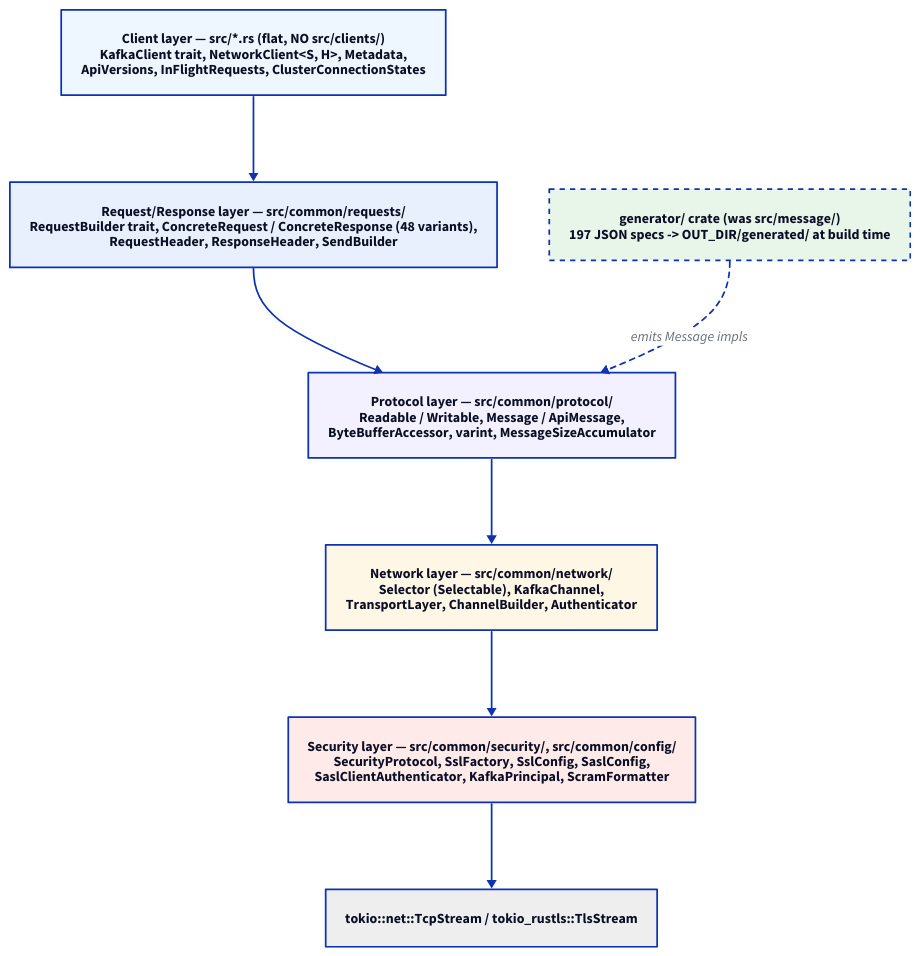
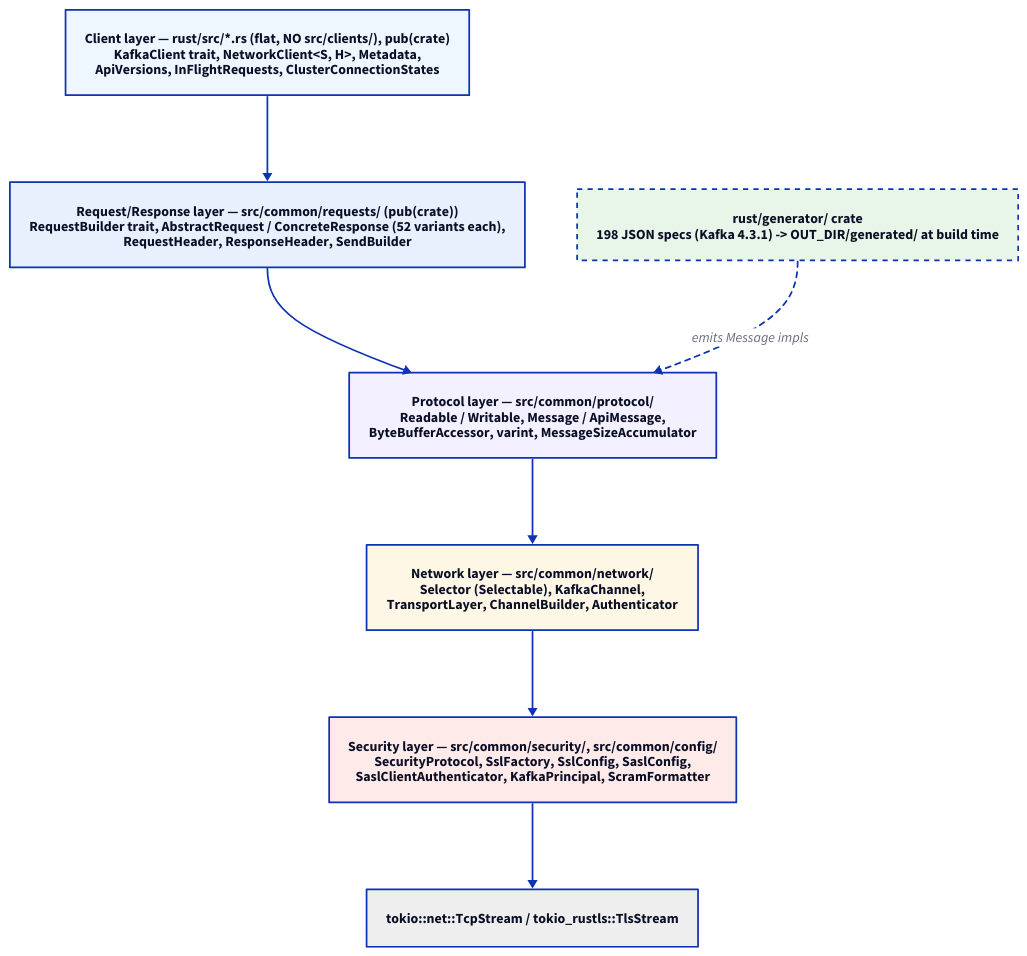
One commit to confluentinc/kafka-clients changed the diagram in design/current/img/network-stack.d2. Above: the diagram before and after it, drawn with D2. The commit also changed 1274 other files, not shown here.

```diff
--- a/design/current/img/network-stack.d2
+++ b/design/current/img/network-stack.d2
@@ -1,42 +1,42 @@
 # The layered network stack, from the client API down to the socket.
 #
-# Source of truth for design/current/network-stack.svg.
+# Source of truth for design/current/img/network-stack.svg.
 # Render with: make -C design/current d2
 #
 # The point of this diagram: the layer boundaries are the same as Java's;
 # only the two named modules moved (Java's `clients` package is the flat
 # top level of `src/`, and code generation moved into the `generator` crate).
 
 direction: down
 
-client: "Client layer — src/*.rs (flat, NO src/clients/)\nKafkaClient trait, NetworkClient<S, H>, Metadata,\nApiVersions, InFlightRequests, ClusterConnectionStates" {
+client: "Client layer — rust/src/*.rs (flat, NO src/clients/), pub(crate)\nKafkaClient trait, NetworkClient<S, H>, Metadata,\nApiVersions, InFlightRequests, ClusterConnectionStates" {
   style.fill: "#eef6ff"
 }
 
-reqres: "Request/Response layer — src/common/requests/\nRequestBuilder trait, ConcreteRequest / ConcreteResponse (48 variants),\nRequestHeader, ResponseHeader, SendBuilder" {
+reqres: "Request/Response layer — src/common/requests/ (pub(crate))\nRequestBuilder trait, AbstractRequest / ConcreteResponse (52 variants each),\nRequestHeader, ResponseHeader, SendBuilder" {
   style.fill: "#e8f0fe"
 }
 
 proto: "Protocol layer — src/common/protocol/\nReadable / Writable, Message / ApiMessage,\nByteBufferAccessor, varint, MessageSizeAccumulator" {
   style.fill: "#f3f0ff"
 }
 
 net: "Network layer — src/common/network/\nSelector (Selectable), KafkaChannel,\nTransportLayer, ChannelBuilder, Authenticator" {
   style.fill: "#fff7e6"
 }
 
 sec: "Security layer — src/common/security/, src/common/config/\nSecurityProtocol, SslFactory, SslConfig, SaslConfig,\nSaslClientAuthenticator, KafkaPrincipal, ScramFormatter" {
   style.fill: "#ffeaea"
 }
 
 sock: "tokio::net::TcpStream / tokio_rustls::TlsStream" {
   style.fill: "#eeeeee"
 }
 
 client -> reqres -> proto -> net -> sec -> sock
 
-gen: "generator/ crate (was src/message/)\n197 JSON specs -> OUT_DIR/generated/ at build time" {
+gen: "rust/generator/ crate\n198 JSON specs (Kafka 4.3.1) -> OUT_DIR/generated/ at build time" {
   style.fill: "#e8f5e9"
   style.stroke-dash: 3
 }
 gen -> proto: "emits Message impls" {style.stroke-dash: 3}
```
